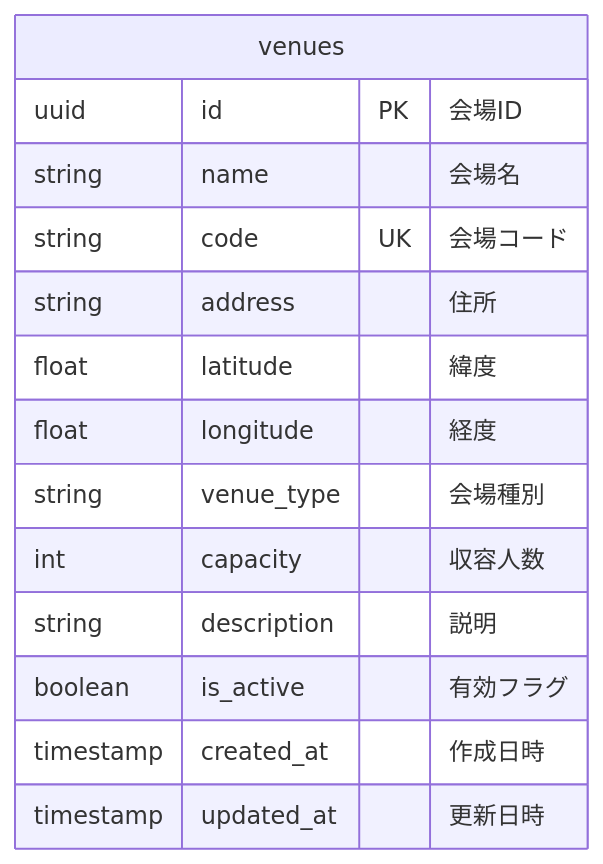
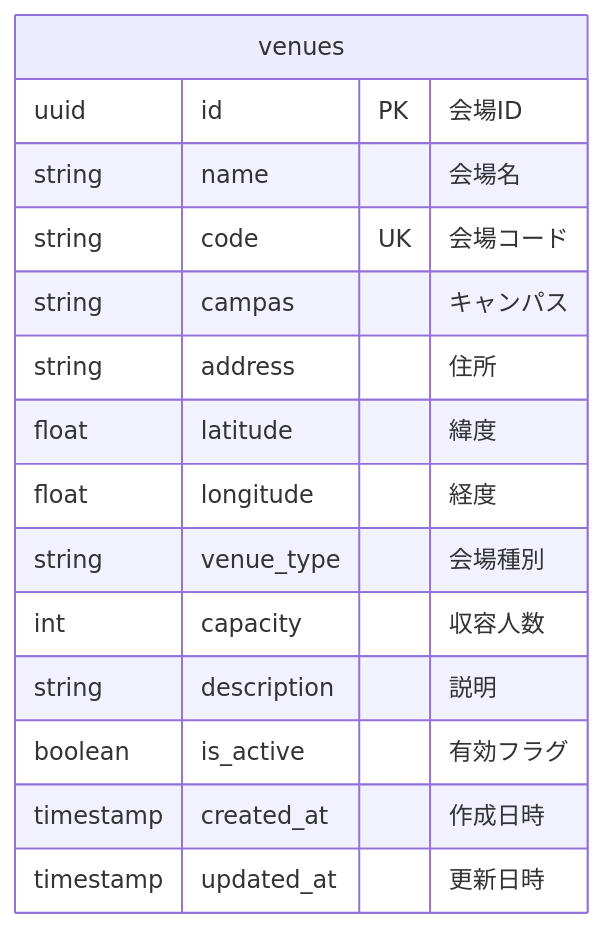
One commit to NowatariSoma/tomosigoto_nou_system changed the diagram in tickets/phase_1/backend/BACK-DB-001/BACK-DB-001.4/README.md. Above: the diagram before and after it, drawn with Mermaid.

Commit message:
[FIX] 京田辺今出川を判別するためのカラムを追加した

````diff
--- a/tickets/phase_1/backend/BACK-DB-001/BACK-DB-001.4/README.md
+++ b/tickets/phase_1/backend/BACK-DB-001/BACK-DB-001.4/README.md
@@ -46,17 +46,18 @@
 ```mermaid
 erDiagram
     venues {
         uuid id PK "会場ID"
         string name "会場名"
         string code UK "会場コード"
+        string campas "キャンパス"
         string address "住所"
         float latitude "緯度"
         float longitude "経度"
         string venue_type "会場種別"
         int capacity "収容人数"
         string description "説明"
         boolean is_active "有効フラグ"
         timestamp created_at "作成日時"
         timestamp updated_at "更新日時"
     }
 ```
````
